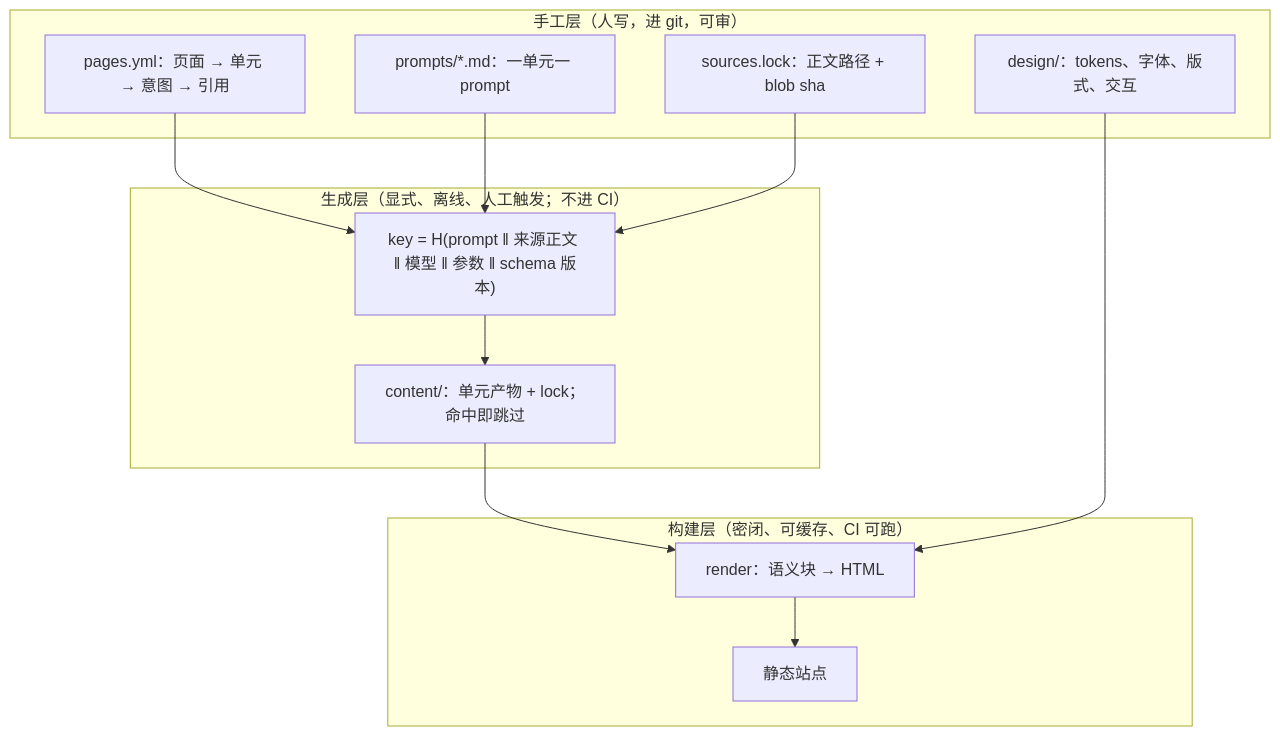
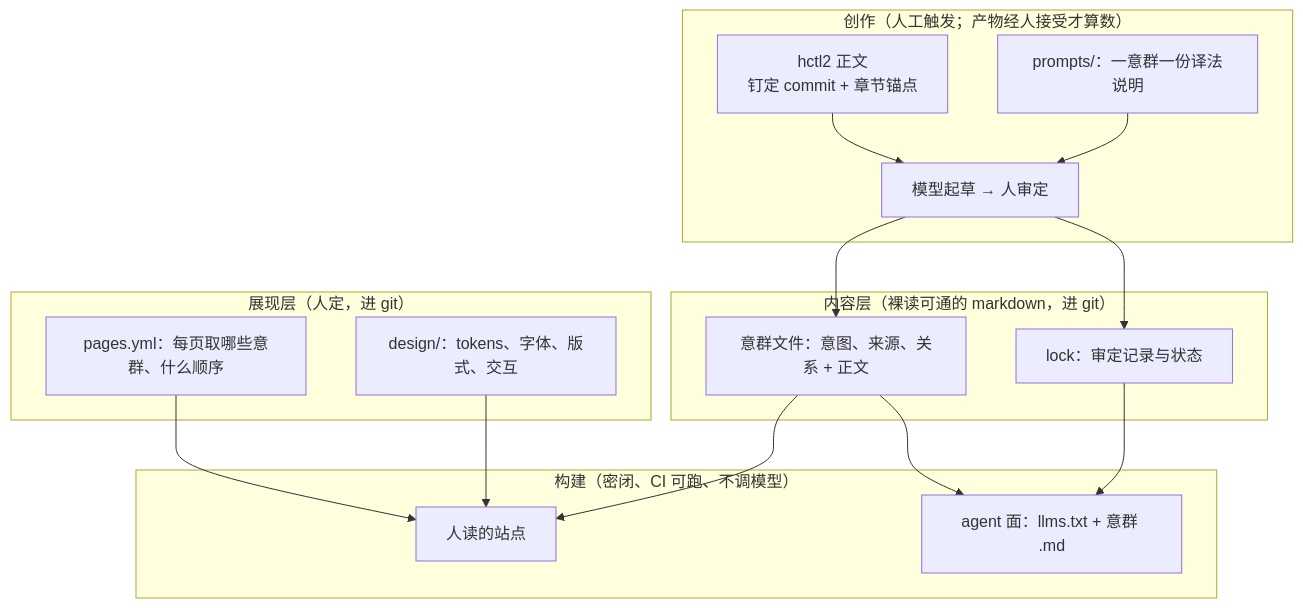
The diagram in .memo/design/hctl2-site-20261007/03-neo-build.md (yesme/hctl2), drawn with Mermaid before and after one commit. The commit also changed other lines of this file and 4 other files, not shown here.

````diff
--- a/.memo/design/hctl2-site-20261007/03-neo-build.md
+++ b/.memo/design/hctl2-site-20261007/03-neo-build.md
@@ -13,24 +30,29 @@
 ```mermaid
 flowchart TB
-    subgraph Manual["手工层（人写，进 git，可审）"]
-        U["pages.yml：页面 → 单元 → 意图 → 引用"]
-        P["prompts/*.md：一单元一 prompt"]
-        S["sources.lock：正文路径 + blob sha"]
+    subgraph Author["创作（人工触发；产物经人接受才算数）"]
+        SRC["hctl2 正文<br/>钉定 commit + 章节锚点"]
+        P["prompts/：一意群一份译法说明"]
+        G["模型起草 → 人审定"]
+    end
+    subgraph Content["内容层（裸读可通的 markdown，进 git）"]
+        U["意群文件：意图、来源、关系 + 正文"]
+        L["lock：审定记录与状态"]
+    end
+    subgraph Present["展现层（人定，进 git）"]
+        M["pages.yml：每页取哪些意群、什么顺序"]
         T["design/：tokens、字体、版式、交互"]
     end
-    subgraph Gen["生成层（显式、离线、人工触发；不进 CI）"]
-        K["key = H(prompt ‖ 来源正文 ‖ 模型 ‖ 参数 ‖ schema 版本)"]
-        C["content/：单元产物 + lock；命中即跳过"]
+    subgraph Build["构建（密闭、CI 可跑、不调模型）"]
+        H["人读的站点"]
+        A["agent 面：llms.txt + 意群 .md"]
     end
-    subgraph Build["构建层（密闭、可缓存、CI 可跑）"]
-        R["render：语义块 → HTML"]
-        W["静态站点"]
-    end
-    U --> K
-    P --> K
-    S --> K
-    K --> C
-    C --> R
-    T --> R
-    R --> W
+    SRC --> G
+    P --> G
+    G --> U
+    G --> L
+    U --> H
+    M --> H
+    T --> H
+    U --> A
+    L --> A
 ```
````
